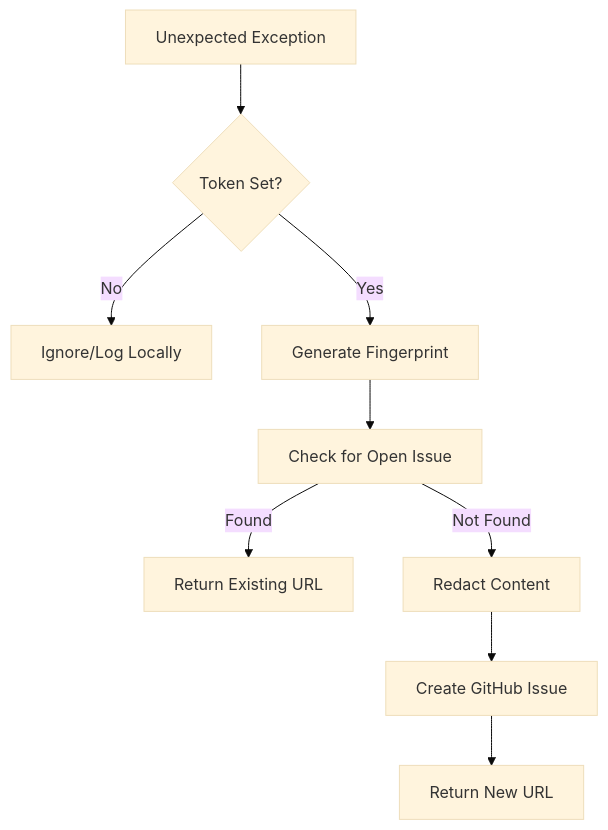
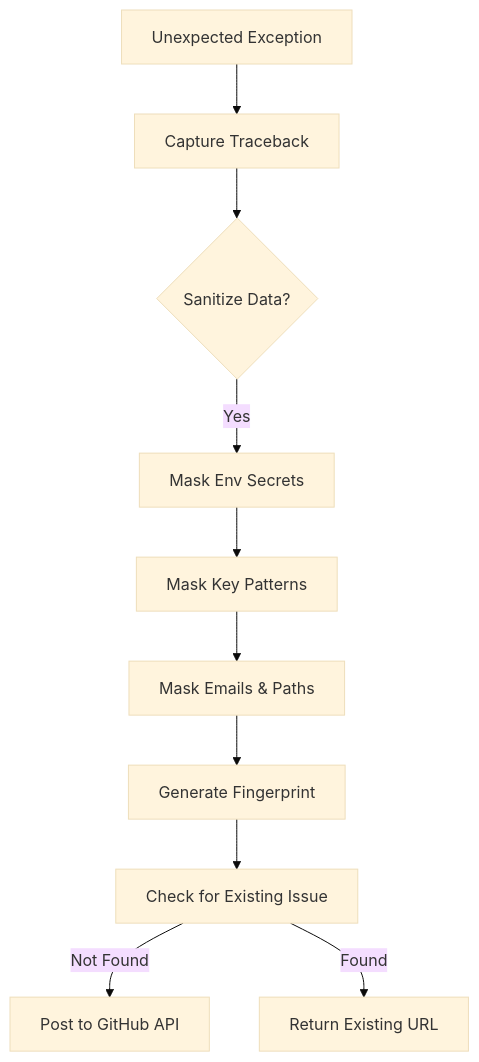
One commit to Avkroken/Produkter changed the diagram in .cubic/wiki/02-section-architecture/02-arch-error-handling.md. Above: the diagram before and after it, drawn with Mermaid (base theme). The commit also changed other lines of this file and 46 other files, not shown here.

````diff
--- a/.cubic/wiki/02-section-architecture/02-arch-error-handling.md
+++ b/.cubic/wiki/02-section-architecture/02-arch-error-handling.md
@@ -36,11 +36,12 @@
 ```mermaid
 flowchart TD
-    A[Unexpected Exception] --> B{Token Set?}
-    B -- No --> C[Ignore/Log Locally]
-    B -- Yes --> D[Generate Fingerprint]
-    D --> E[Check for Open Issue]
-    E -- Found --> F[Return Existing URL]
-    E -- Not Found --> G[Redact Content]
-    G --> H[Create GitHub Issue]
-    H --> I[Return New URL]
+    A[Unexpected Exception] --> B[Capture Traceback]
+    B --> C{Sanitize Data?}
+    C -->|Yes| D[Mask Env Secrets]
+    D --> E[Mask Key Patterns]
+    E --> F[Mask Emails & Paths]
+    F --> G[Generate Fingerprint]
+    G --> H[Check for Existing Issue]
+    H -->|Not Found| I[Post to GitHub API]
+    H -->|Found| J[Return Existing URL]
 ```
````
